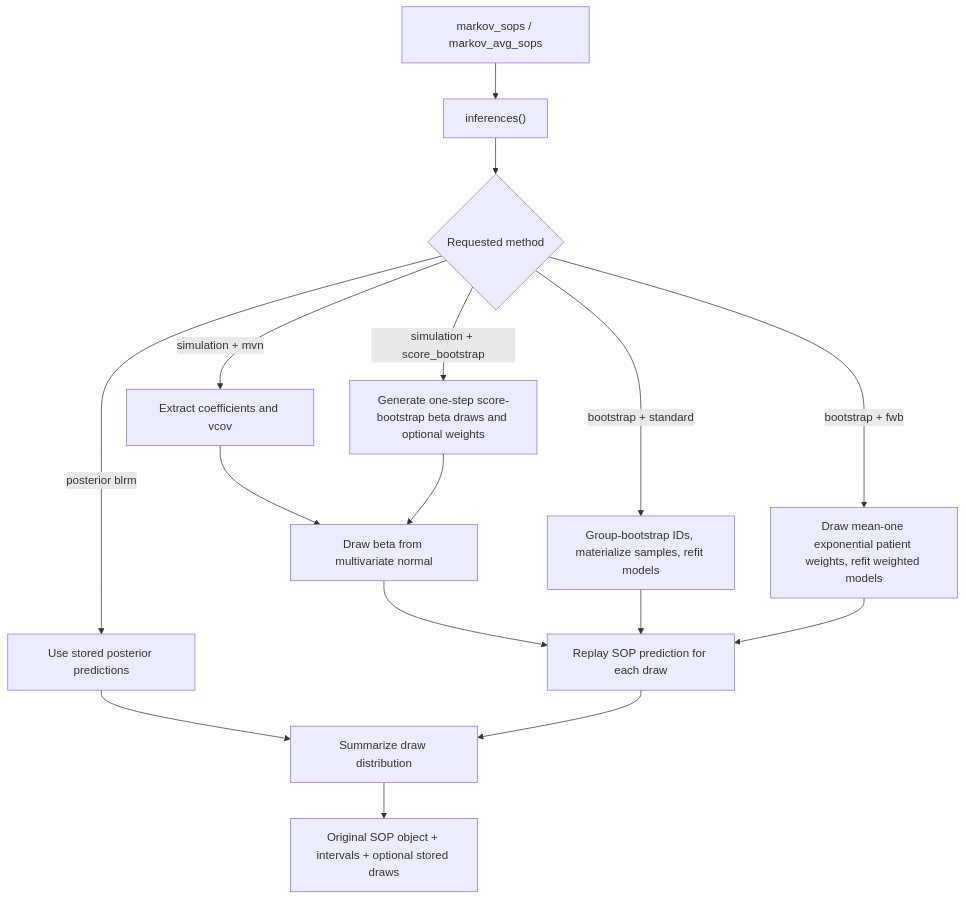
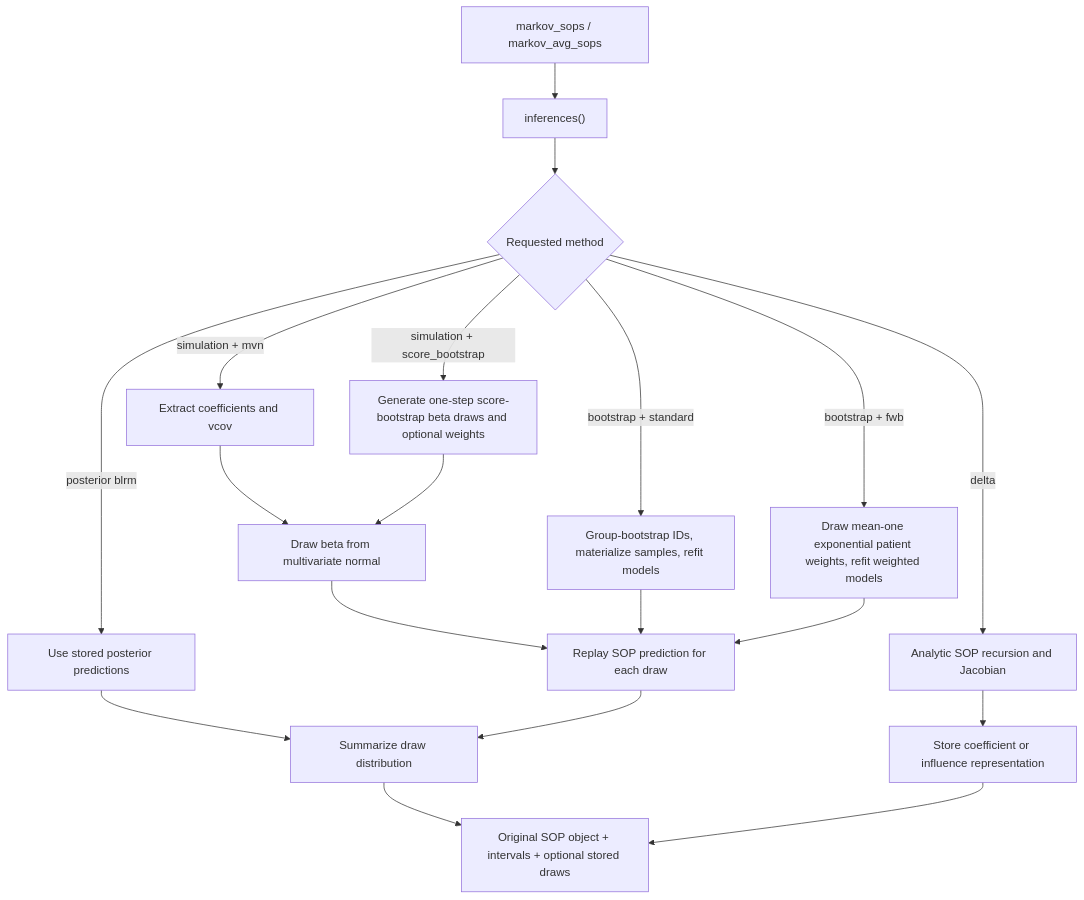
One commit to scjohannes/markov.misc changed the fourth of 7 diagrams in ARCHITECTURE.md. Above: the diagram before and after it, drawn with Mermaid. The commit also changed other lines of this file and 30 other files, not shown here.

````diff
--- a/ARCHITECTURE.md
+++ b/ARCHITECTURE.md
@@ -331,18 +336,21 @@
 ```mermaid
 flowchart TD
   SOP["markov_sops / markov_avg_sops"] --> INF["inferences()"]
   INF --> KIND{"Requested method"}
+  KIND -- "delta" --> ANALYTIC["Analytic SOP recursion and Jacobian"]
+  ANALYTIC --> LOWRANK["Store coefficient or influence representation"]
   KIND -- "simulation + mvn" --> VCOV["Extract coefficients and vcov"]
   VCOV --> DRAWS["Draw beta from multivariate normal"]
   KIND -- "simulation + score_bootstrap" --> SCORE["Generate one-step score-bootstrap beta draws and optional weights"]
   SCORE --> DRAWS
   KIND -- "bootstrap + standard" --> RESAMPLE["Group-bootstrap IDs, materialize samples, refit models"]
   KIND -- "bootstrap + fwb" --> FWB["Draw mean-one exponential patient weights, refit weighted models"]
   KIND -- "posterior blrm" --> POST["Use stored posterior predictions"]
   DRAWS --> REPLAY["Replay SOP prediction for each draw"]
   RESAMPLE --> REPLAY
   FWB --> REPLAY
   POST --> CI["Summarize draw distribution"]
   REPLAY --> CI
   CI --> OUT["Original SOP object + intervals + optional stored draws"]
+  LOWRANK --> OUT
 ```
````
